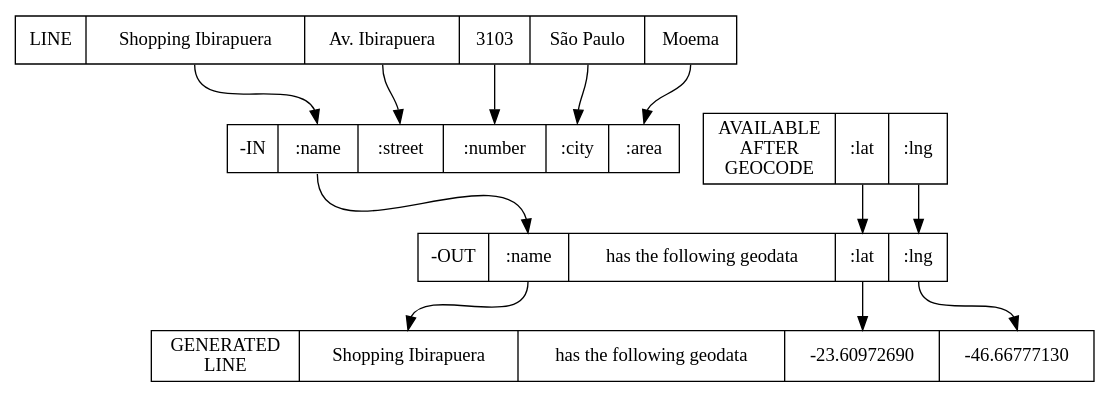
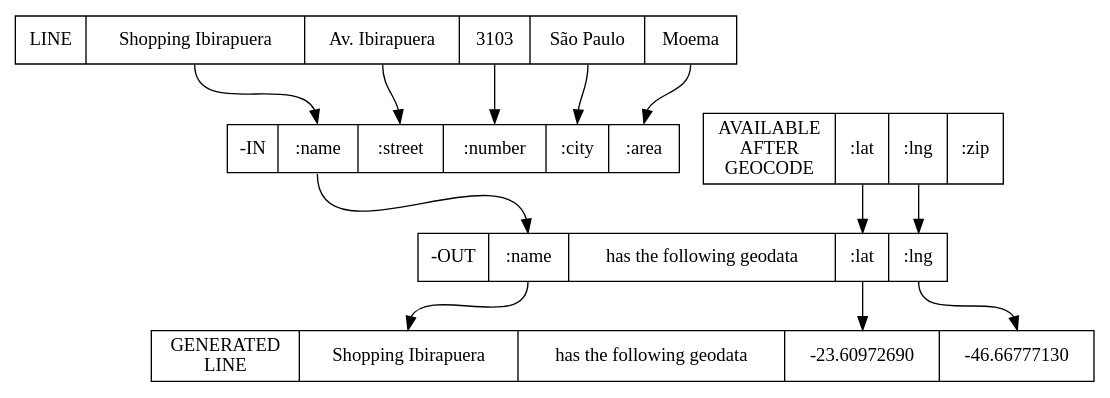
One commit to paulosuzart/ultimate-geo changed the diagram in ultimate.dot. Above: the diagram before and after it, drawn with Graphviz. The commit also changed 4 other files, not shown here.

```diff
--- a/ultimate.dot
+++ b/ultimate.dot
@@ -1,24 +1,24 @@
 digraph structs {
     node [shape=record];
     line [label=" LINE |<f0> Shopping Ibirapuera|<f1> Av. Ibirapuera|<f2> 3103| <f3> São Paulo |<f4> Moema"];
     infields  [label=" -IN | <f0> :name|<f1> :street|<f2> :number| <f3> :city |<f4> :area"];
-    extrafields [label="AVAILABLE\nAFTER\nGEOCODE |<f0> :lat |<f1> :lng"];
+    extrafields [label="AVAILABLE\nAFTER\nGEOCODE |<f0> :lat |<f1> :lng |<f2> :zip"];
     outfields  [label="-OUT |<f0> :name|<f1>  has the following geodata | <f2> :lat |<f3> :lng"];
     lineout [label="GENERATED\nLINE | <f0> Shopping Ibirapuera|<f1> has the following geodata |<f2> -23.60972690|<f3> -46.66777130"];
 
     line:f0 -> infields:f0;
     line:f1 -> infields:f1;
     line:f2 -> infields:f2;
     line:f3 -> infields:f3;
     line:f4 -> infields:f4;
 
     infields:f0 -> outfields:f0;
 
 
     outfields:f0 -> lineout:f0;
     extrafields:f0 -> outfields:f2;
     extrafields:f1 -> outfields:f3;
     outfields:f2 -> lineout:f2;
     outfields:f3 -> lineout:f3;
 
 }
```
